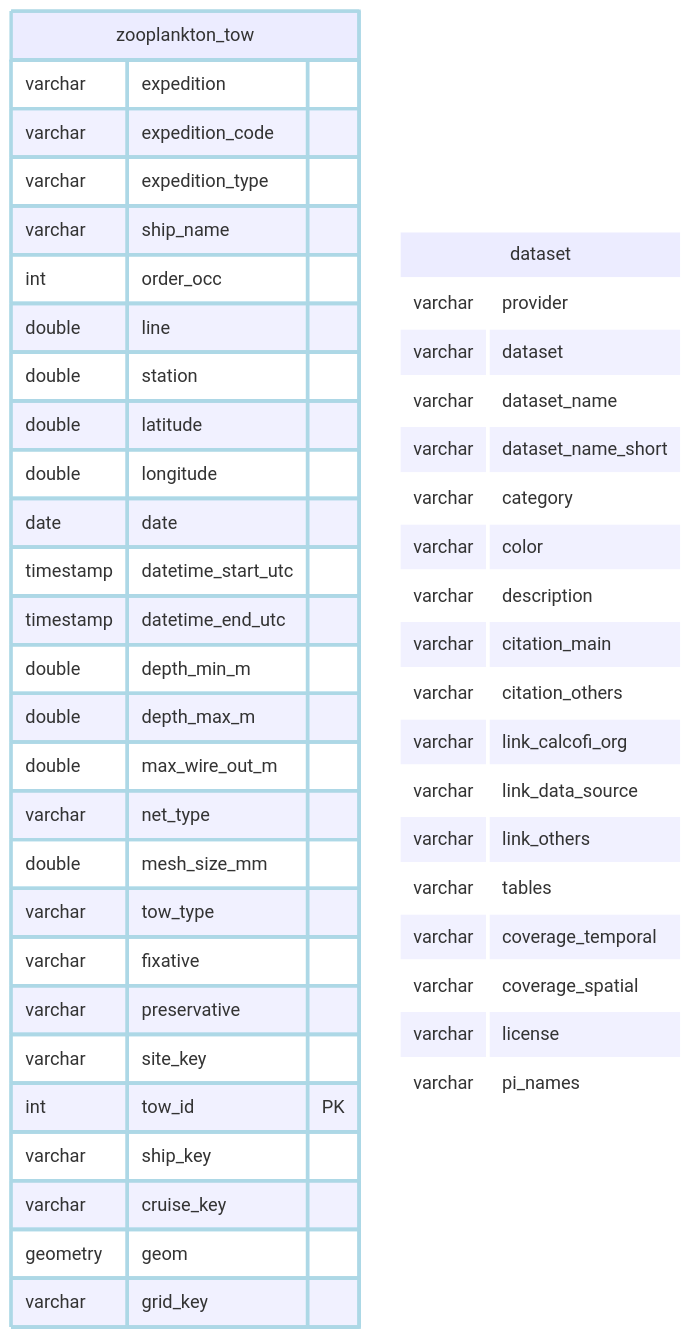
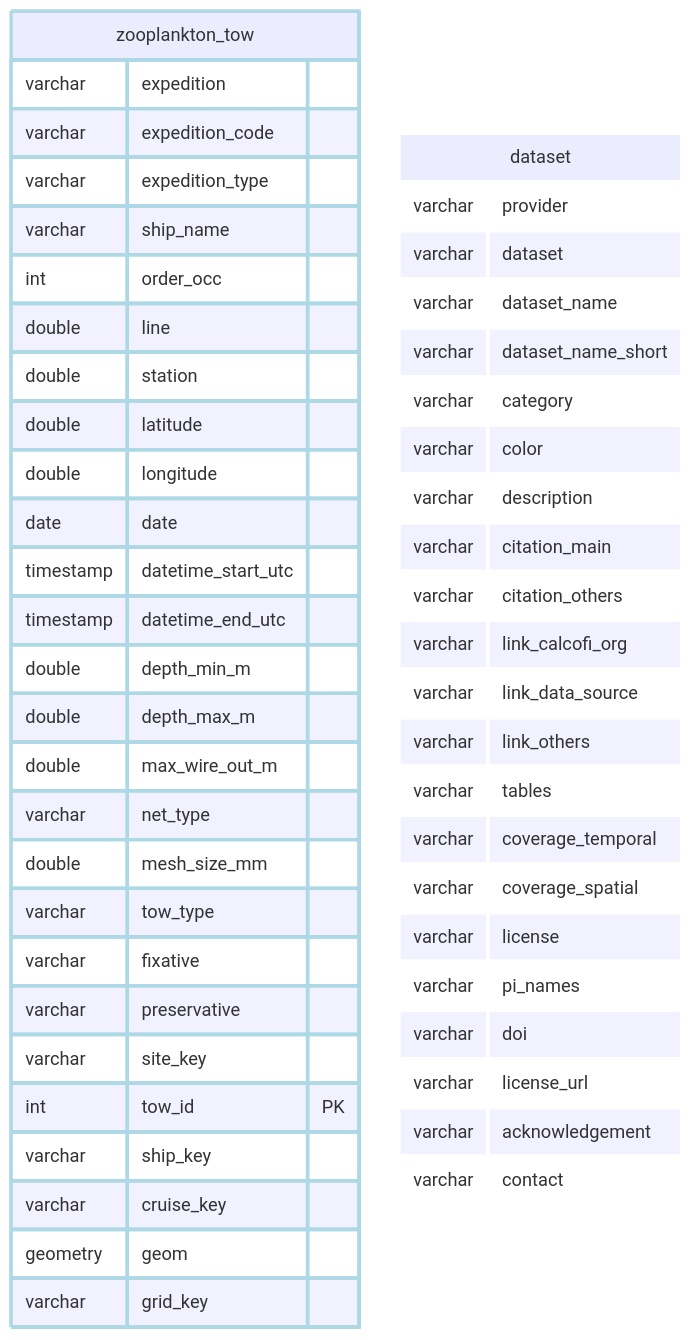
Before and after one commit to CalCOFI/workflows: the diagram in _output/ingest_sio_pic-zooplankton_files/figure-html/schema-1.mmd, drawn with Mermaid. The commit also changed 68 other files, not shown here.

```diff
--- a/_output/ingest_sio_pic-zooplankton_files/figure-html/schema-1.mmd
+++ b/_output/ingest_sio_pic-zooplankton_files/figure-html/schema-1.mmd
@@ -1,56 +1,60 @@
 ---
 config:
   layout: elk
 ---
 erDiagram
     zooplankton_tow {
         varchar expedition
         varchar expedition_code
         varchar expedition_type
         varchar ship_name
         int order_occ
         double line
         double station
         double latitude
         double longitude
         date date
         timestamp datetime_start_utc
         timestamp datetime_end_utc
         double depth_min_m
         double depth_max_m
         double max_wire_out_m
         varchar net_type
         double mesh_size_mm
         varchar tow_type
         varchar fixative
         varchar preservative
         varchar site_key
         int tow_id PK
         varchar ship_key
         varchar cruise_key
         geometry geom
         varchar grid_key
     }
     dataset {
         varchar provider
         varchar dataset
         varchar dataset_name
         varchar dataset_name_short
         varchar category
         varchar color
         varchar description
         varchar citation_main
         varchar citation_others
         varchar link_calcofi_org
         varchar link_data_source
         varchar link_others
         varchar tables
         varchar coverage_temporal
         varchar coverage_spatial
         varchar license
         varchar pi_names
+        varchar doi
+        varchar license_url
+        varchar acknowledgement
+        varchar contact
     }
     classDef lightblue stroke:#ADD8E6,stroke-width:3px
     class zooplankton_tow lightblue
     classDef white stroke:#FFFFFF,stroke-width:3px
     class dataset white
```
